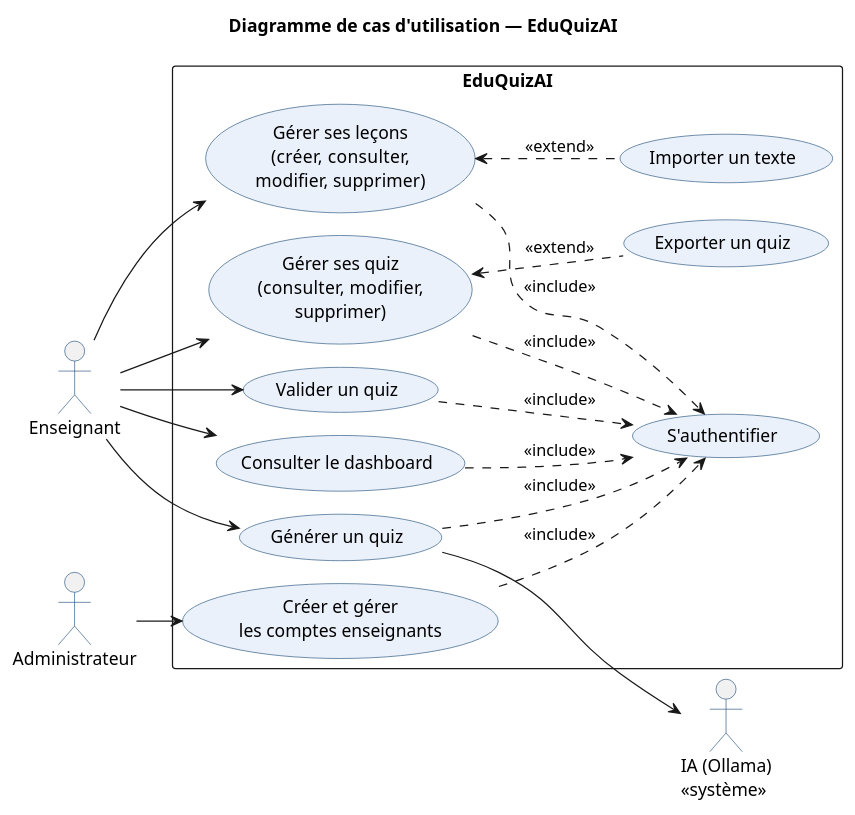
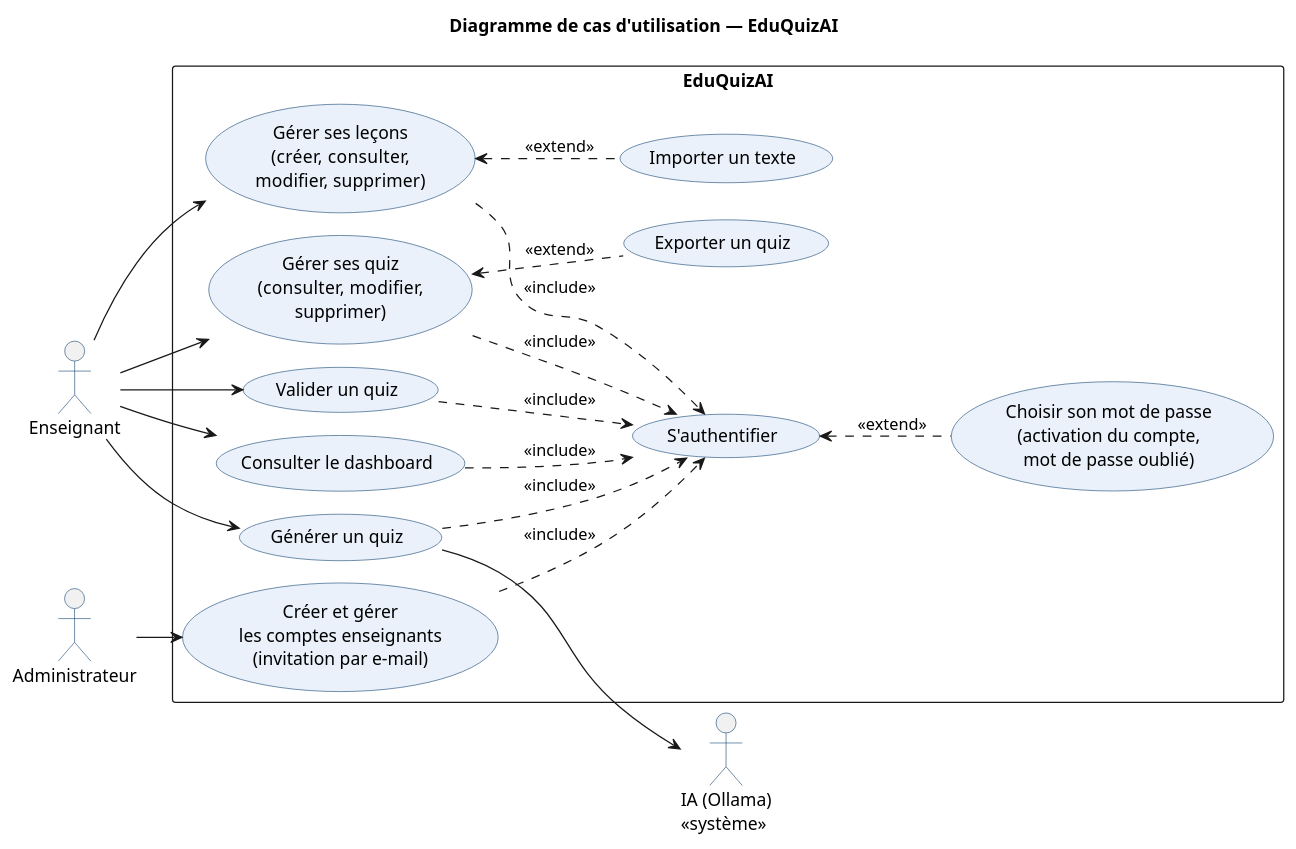
One commit to FantoniStephane/eduquizai changed the diagram in docs/conception/diagrammes/cas_utilisation.puml. Above: the diagram before and after it, drawn with PlantUML. The commit also changed 36 other files, not shown here.

Commit message:
feat: gestion des comptes dans l'admin et invitation par e-mail

```diff
--- a/docs/conception/diagrammes/cas_utilisation.puml
+++ b/docs/conception/diagrammes/cas_utilisation.puml
@@ -1,49 +1,51 @@
 @startuml cas_utilisation
 !pragma layout smetana
 left to right direction
 skinparam packageStyle rectangle
 skinparam shadowing false
 skinparam defaultFontName Arial
 skinparam usecase {
   BackgroundColor #EAF1FB
   BorderColor #1F4E79
 }
 skinparam actorBorderColor #1F4E79
 title Diagramme de cas d'utilisation — EduQuizAI
 
 actor "Enseignant" as ENS
 actor "Administrateur" as ADM
 actor "IA (Ollama)\n<<système>>" as IA
 
 rectangle "EduQuizAI" {
+  usecase "Choisir son mot de passe\n(activation du compte,\nmot de passe oublié)" as UC_MDP
   usecase "S'authentifier" as UC_AUTH
   usecase "Consulter le dashboard" as UC_DASH
   usecase "Gérer ses leçons\n(créer, consulter,\nmodifier, supprimer)" as UC_LECON
   usecase "Gérer ses quiz\n(consulter, modifier,\nsupprimer)" as UC_QUIZ
   usecase "Générer un quiz" as UC_GEN
   usecase "Valider un quiz" as UC_VAL
   usecase "Importer un texte" as UC_IMP
   usecase "Exporter un quiz" as UC_EXP
-  usecase "Créer et gérer\nles comptes enseignants" as UC_COMPTES
+  usecase "Créer et gérer\nles comptes enseignants\n(invitation par e-mail)" as UC_COMPTES
 }
 
 ENS --> UC_DASH
 ENS --> UC_LECON
 ENS --> UC_QUIZ
 ENS --> UC_GEN
 ENS --> UC_VAL
+UC_AUTH <.. UC_MDP : <<extend>>
 UC_LECON <.. UC_IMP : <<extend>>
 UC_QUIZ <.. UC_EXP : <<extend>>
 ADM --> UC_COMPTES
 UC_GEN --> IA
 
 UC_DASH ..> UC_AUTH : <<include>>
 UC_LECON ..> UC_AUTH : <<include>>
 UC_QUIZ ..> UC_AUTH : <<include>>
 UC_GEN ..> UC_AUTH : <<include>>
 UC_VAL ..> UC_AUTH : <<include>>
 
 
 UC_COMPTES ..> UC_AUTH : <<include>>
 
 @enduml
```
